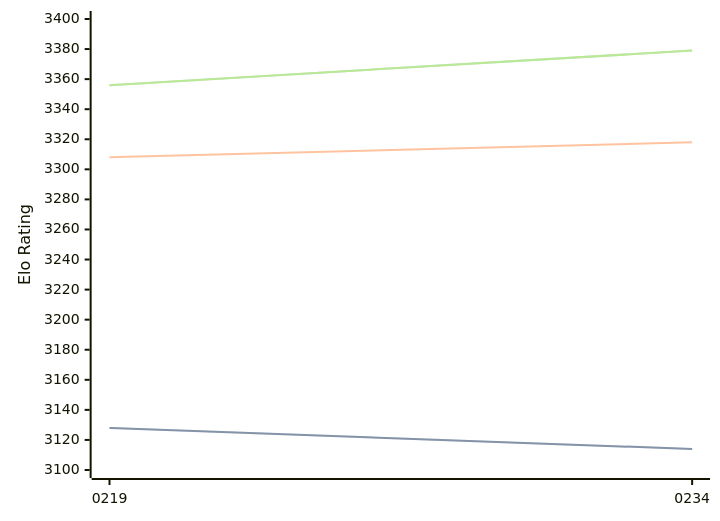
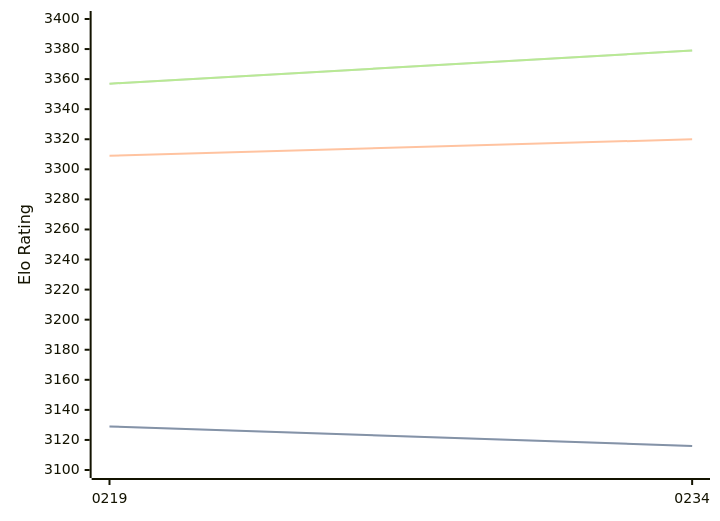
One commit to computer-chess-index/cci changed the third of 3 diagrams in engines/Ynode.md. Above: the diagram before and after it, drawn with Mermaid. The commit also changed other lines of this file, not shown here.

Commit message:
Update CCI Ratings (ELO VLTC) - 2026-06-30

````diff
--- a/engines/Ynode.md
+++ b/engines/Ynode.md
@@ -72,11 +72,11 @@
 ```mermaid
 %%{init: {"theme":"base","themeVariables":{"seriesColors:['#a3a3a3','#222221','#faa371']}}}%%
 xychart-beta
   x-axis ["0219", "0234"]
   y-axis "Elo Rating" 3100 --> 3400
-  line "STC (8.0+0.08s)" [3128, 3114]
-  line "STC (8.0+0.08s)" [3128, 3114]
-  line "LTC (60.0+0.60s)" [3308, 3318]
-  line "VLTC (2m24s+1.12s)" [3356, 3379]
-  line "VLTC (2m24s+1.12s)" [3356, 3379]
+  line "STC (8.0+0.08s)" [3129, 3116]
+  line "STC (8.0+0.08s)" [3129, 3116]
+  line "LTC (60.0+0.60s)" [3309, 3320]
+  line "VLTC (2m24s+1.12s)" [3357, 3379]
+  line "VLTC (2m24s+1.12s)" [3357, 3379]
 ```
````
